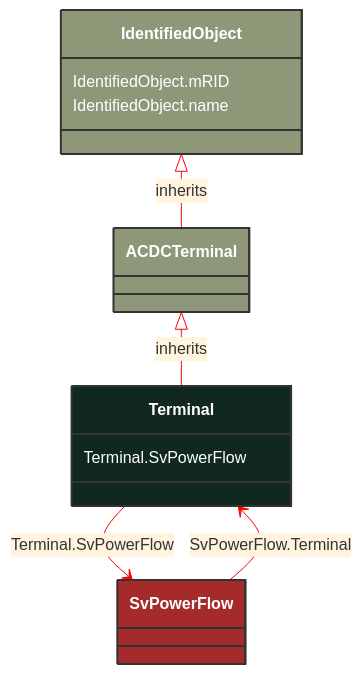
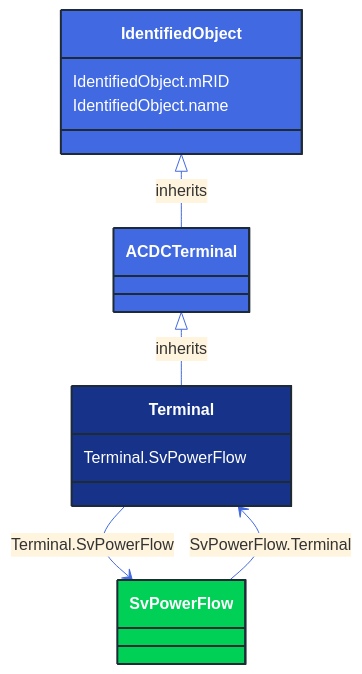
One commit to 3lbits/NoCIMExtensions changed the diagram in docs/Models/Profiles/StateVariables/ConcreteClasses/Terminal.md. Above: the diagram before and after it, drawn with Mermaid. The commit also changed 362 other files, not shown here.

First line of the commit message:
Update diagrams and styles for improved visual consistency

````diff
--- a/docs/Models/Profiles/StateVariables/ConcreteClasses/Terminal.md
+++ b/docs/Models/Profiles/StateVariables/ConcreteClasses/Terminal.md
@@ -8,32 +8,32 @@
 ```mermaid
-%%{init: {'theme':'base','themeVariables': {'lineColor': '#FF0000'}}}%%
+%%{init: {'theme':'base','themeVariables': {'lineColor': '#4169E1'}}}%%
 classDiagram
     class Terminal
     click Terminal href "/Models/Profiles/StateVariables/ConcreteClasses/Terminal/"
-    style Terminal fill:#102820,stroke:#333,stroke-width:2px,rx:10,ry:10,color:white
+    style Terminal fill:#163289,stroke:#1F2A37,stroke-width:2px,rx:10,ry:10,color:white
      
         ACDCTerminal <|-- Terminal : inherits
             click ACDCTerminal href "/Models/Profiles/StateVariables/AbstractClasses/ACDCTerminal/"
-            style ACDCTerminal fill:#8F9779,stroke:#333,stroke-width:2px,rx:10,ry:10,color:white
+            style ACDCTerminal fill:#4169E1,stroke:#1F2A37,stroke-width:2px,rx:10,ry:10,color:white
      
         IdentifiedObject <|-- ACDCTerminal : inherits
             click IdentifiedObject href "/Models/Profiles/StateVariables/AbstractClasses/IdentifiedObject/"
-            style IdentifiedObject fill:#8F9779,stroke:#333,stroke-width:2px,rx:10,ry:10,color:white
+            style IdentifiedObject fill:#4169E1,stroke:#1F2A37,stroke-width:2px,rx:10,ry:10,color:white
 
         Terminal --> SvPowerFlow : Terminal.SvPowerFlow
 
         SvPowerFlow
             click SvPowerFlow href "/Models/Profiles/StateVariables/ConcreteClasses/SvPowerFlow/"
-            style SvPowerFlow fill:#A52A2A,stroke:#333,stroke-width:2px,rx:10,ry:10,color:white
+            style SvPowerFlow fill:#00D156,stroke:#1F2A37,stroke-width:2px,rx:10,ry:10,color:white
 
         SvPowerFlow --> Terminal : SvPowerFlow.Terminal
 
         SvPowerFlow
             click SvPowerFlow href "/Models/Profiles/StateVariables/ConcreteClasses/SvPowerFlow/"
-            style SvPowerFlow fill:#A52A2A,stroke:#333,stroke-width:2px,rx:10,ry:10,color:white
+            style SvPowerFlow fill:#00D156,stroke:#1F2A37,stroke-width:2px,rx:10,ry:10,color:white
 
 
         Terminal : Terminal.SvPowerFlow
         IdentifiedObject : IdentifiedObject.mRID
         IdentifiedObject : IdentifiedObject.name
 ```
````
